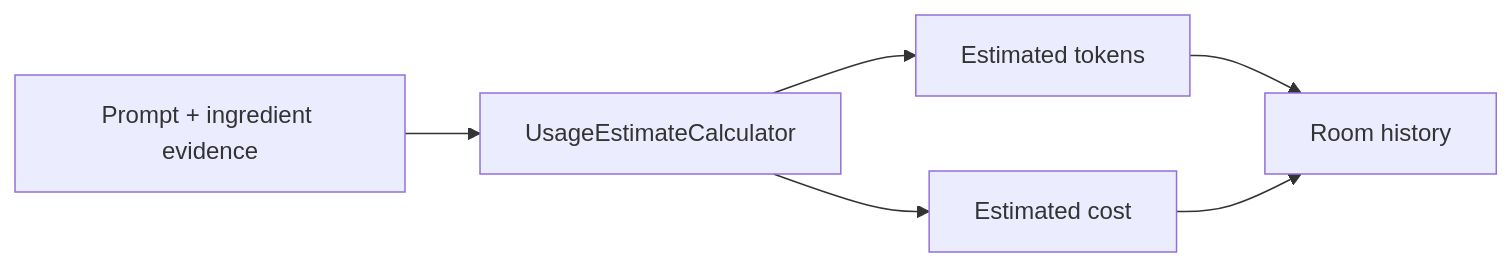
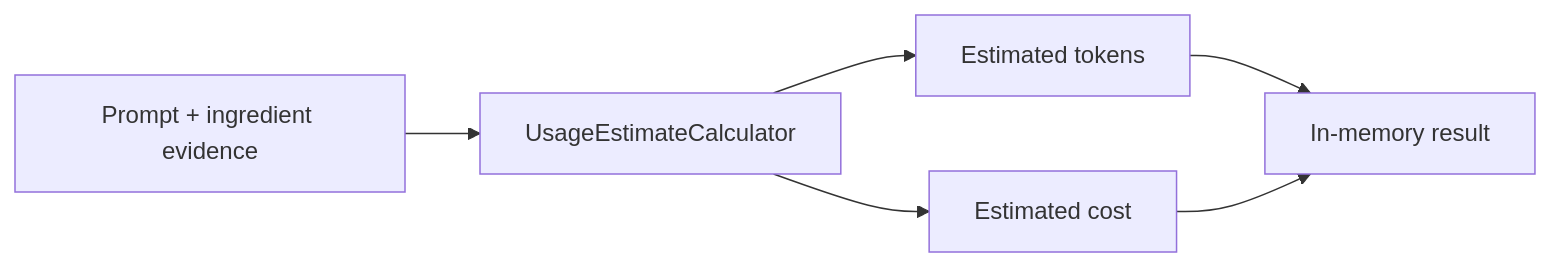
The third of 3 diagrams in documentation/04-classification-analysis.md (Bhagat-Atul/ultraprocessed), drawn with Mermaid before and after one commit. The commit also changed other lines of this file and 54 other files, not shown here.

````diff
--- a/documentation/04-classification-analysis.md
+++ b/documentation/04-classification-analysis.md
@@ -216,8 +212,8 @@
 ```mermaid
 flowchart LR
     Prompt[Prompt + ingredient evidence] --> Estimator[UsageEstimateCalculator]
     Estimator --> Tokens[Estimated tokens]
     Estimator --> Cost[Estimated cost]
-    Tokens --> Room[Room history]
-    Cost --> Room
+    Tokens --> Session[In-memory result]
+    Cost --> Session
 ```
````
